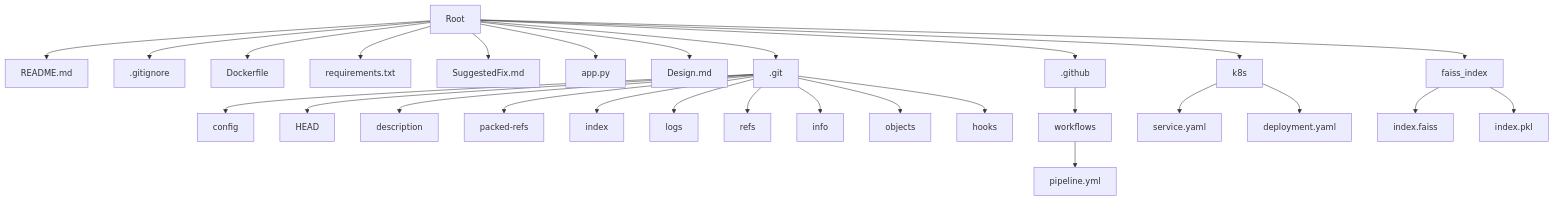
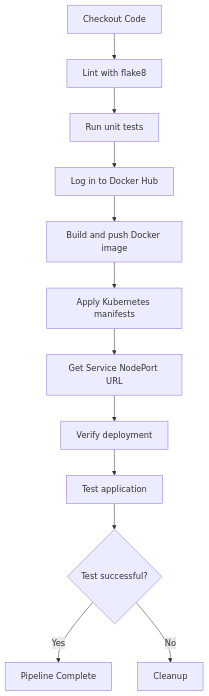
The diagram in Design.md (ashwanth01-pixel/flaskapp), drawn with Mermaid before and after one commit. The commit also changed other lines of this file and 5 other files, not shown here.

Commit message:
Automated: Add repo analysis, fixes, UML, and design diagram

````diff
--- a/Design.md
+++ b/Design.md
@@ -7,35 +3,14 @@
 ```mermaid
 graph TD
-    A[Root]
-    A --> B[README.md]
-    A --> C[.gitignore]
-    A --> D[Dockerfile]
-    A --> E[requirements.txt]
-    A --> F[SuggestedFix.md]
-    A --> G[app.py]
-    A --> H[Design.md]
-    A --> I[.git]
-    A --> J[.github]
-    A --> K[k8s]
-    A --> L[faiss_index]
-    
-    I --> M[config]
-    I --> N[HEAD]
-    I --> O[description]
-    I --> P[packed-refs]
-    I --> Q[index]
-    I --> R[logs]
-    I --> S[refs]
-    I --> T[info]
-    I --> U[objects]
-    I --> V[hooks]
-    
-    J --> W[workflows]
-    W --> X[pipeline.yml]
-    
-    K --> Y[service.yaml]
-    K --> Z[deployment.yaml]
-    
-    L --> AA[index.faiss]
-    L --> AB[index.pkl]
+    A[Checkout Code] --> B[Lint with flake8]
+    B --> C[Run unit tests]
+    C --> D[Log in to Docker Hub]
+    D --> E[Build and push Docker image]
+    E --> F[Apply Kubernetes manifests]
+    F --> G[Get Service NodePort URL]
+    G --> H[Verify deployment]
+    H --> I[Test application]
+    I --> J{Test successful?}
+    J -->|Yes| K[Pipeline Complete]
+    J -->|No| L[Cleanup]
 ```
````
